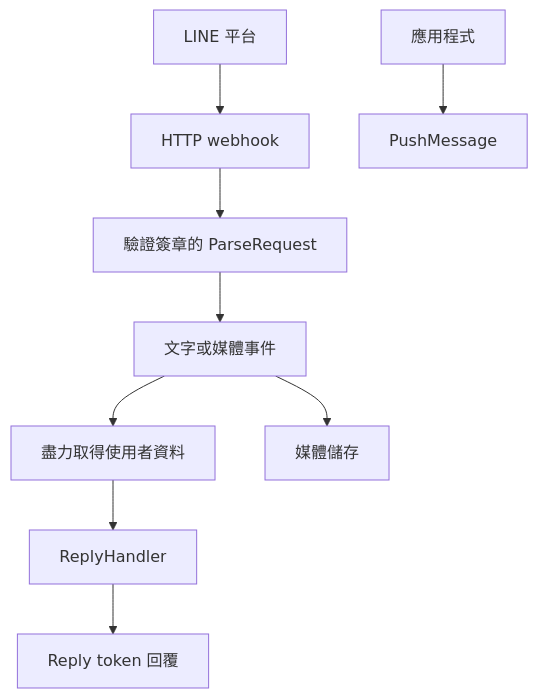
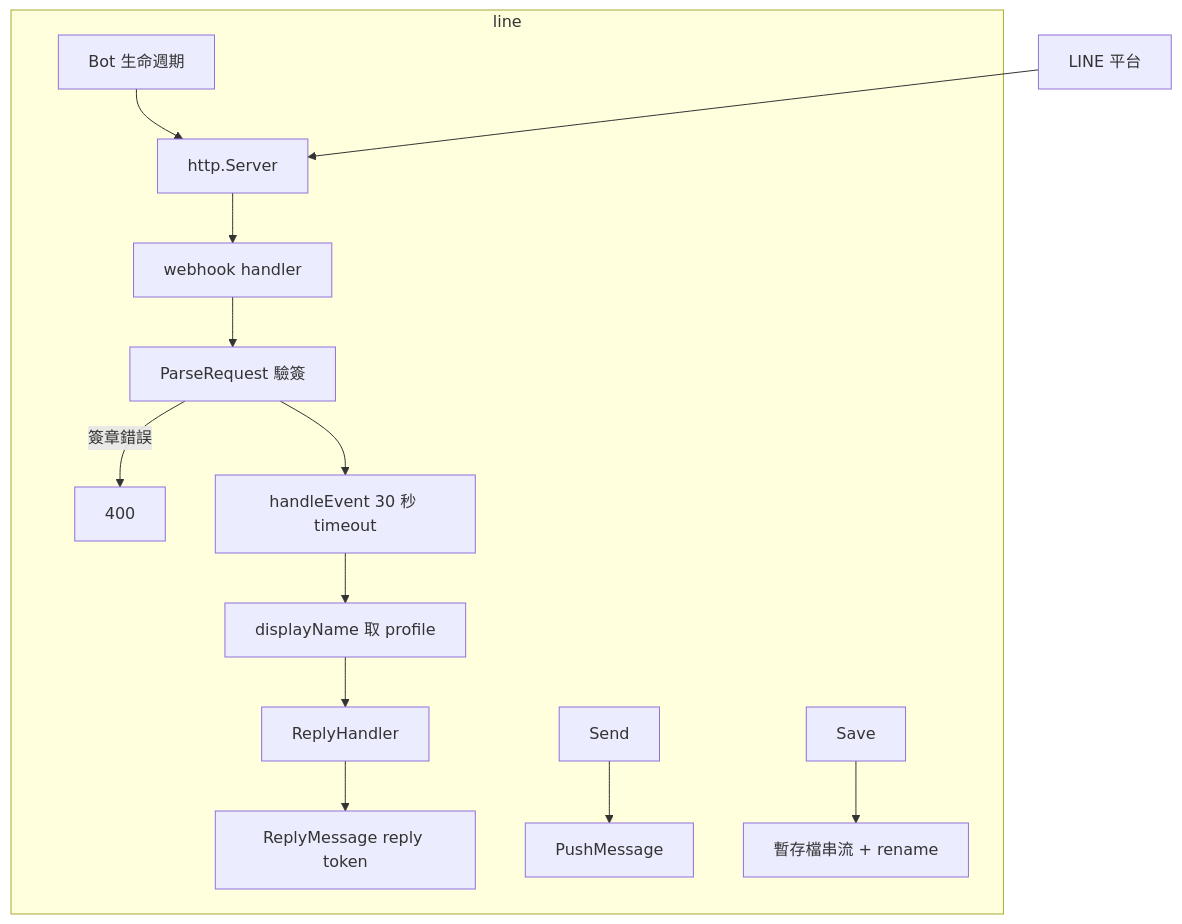
One commit to pardnchiu/go-bot changed the fourth of 7 diagrams in doc/architecture.zh.md. Above: the diagram before and after it, drawn with Mermaid. The commit also changed other lines of this file and 5 other files, not shown here.

````diff
--- a/doc/architecture.zh.md
+++ b/doc/architecture.zh.md
@@ -58,11 +74,16 @@
 ```mermaid
 graph TB
-    LINE[LINE 平台] --> Webhook[HTTP webhook]
-    Webhook --> Parse[驗證簽章的 ParseRequest]
-    Parse --> Event[文字或媒體事件]
-    Event --> Profile[盡力取得使用者資料]
-    Profile --> Handler[ReplyHandler]
-    Handler --> Reply[Reply token 回覆]
-    App[應用程式] --> Push[PushMessage]
-    Event --> Save[媒體儲存]
+    subgraph line
+        Bot[Bot 生命週期] --> Server[http.Server]
+        Server --> Webhook[webhook handler]
+        Webhook --> Parse[ParseRequest 驗簽]
+        Parse -->|簽章錯誤| R400[400]
+        Parse --> Event[handleEvent 30 秒 timeout]
+        Event --> Profile[displayName 取 profile]
+        Profile --> Handler[ReplyHandler]
+        Handler --> Reply[ReplyMessage reply token]
+        Send[Send] --> Push[PushMessage]
+        Save[Save] --> Disk[暫存檔串流 + rename]
+    end
+    LINE[LINE 平台] --> Server
 ```
````
